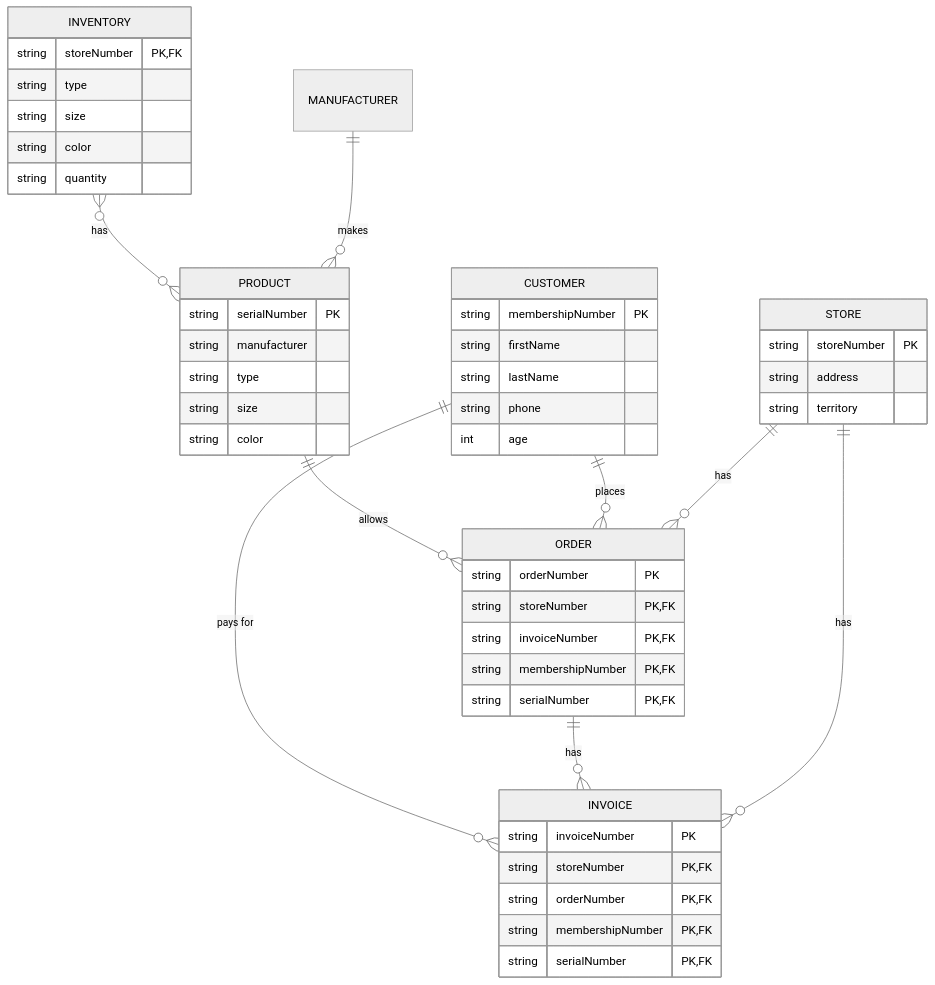
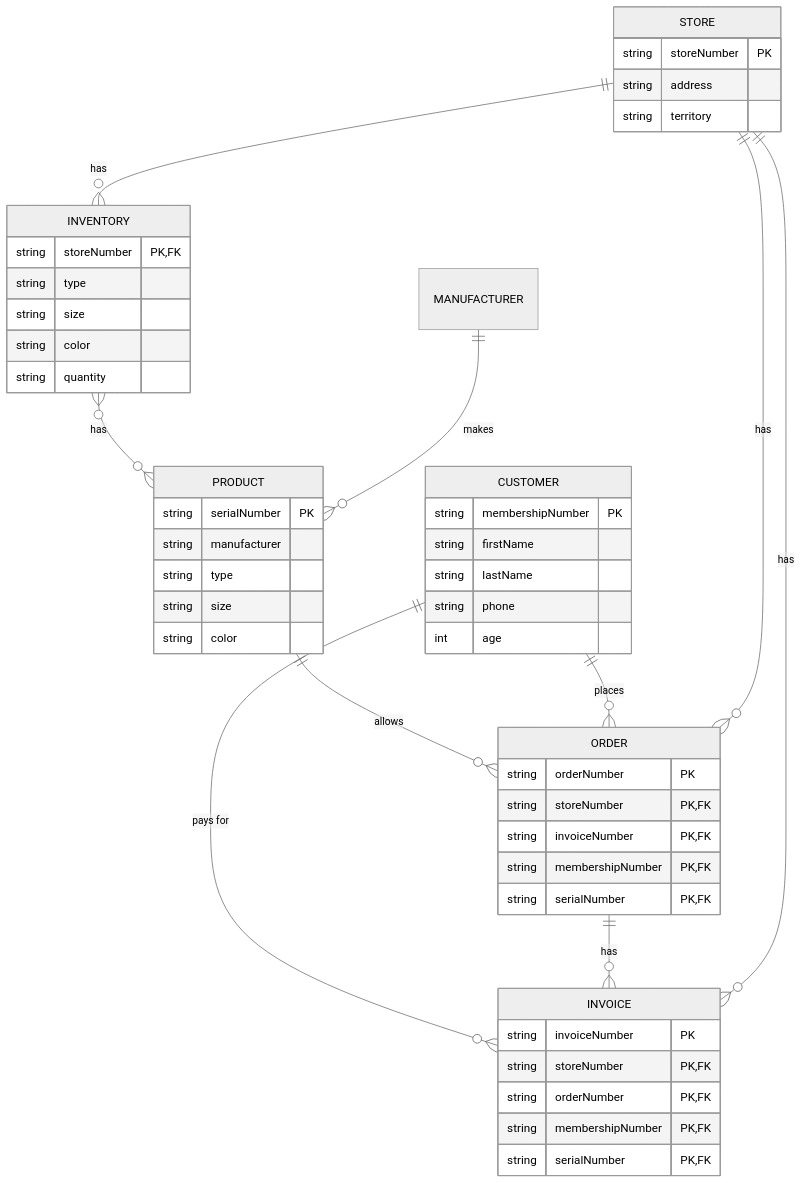
The diagram in README.md (mealvarez-my-waketech-edu/NikeStore_ERD.md), drawn with Mermaid (neutral theme) before and after one commit.

````diff
--- a/README.md
+++ b/README.md
@@ -3,51 +3,52 @@
 ```mermaid
 erDiagram
     PRODUCT ||--o{ ORDER : allows
     PRODUCT {
         string serialNumber PK
         string manufacturer
         string type
         string size
         string color
     }
     INVENTORY }o--o{ PRODUCT : has
     INVENTORY {
         string storeNumber PK, FK
         string type
         string size
         string color
         string quantity
     }
     CUSTOMER ||--o{ ORDER : places
     CUSTOMER ||--o{ INVOICE : "pays for"
     CUSTOMER {
         string membershipNumber PK
         string firstName
         string lastName
         string phone
         int age
     }
     ORDER ||--o{ INVOICE : has
     ORDER {
         string orderNumber PK
         string storeNumber PK, FK
         string invoiceNumber PK, FK
         string membershipNumber PK, FK
         string serialNumber PK, FK
     }
     STORE ||--o{ ORDER : has
     STORE ||--o{ INVOICE : has
+    STORE ||--o{ INVENTORY : has
     STORE {
         string storeNumber PK
         string address
         string territory
     }
     INVOICE {
         string invoiceNumber PK
         string storeNumber PK, FK
         string orderNumber PK, FK
         string membershipNumber PK, FK
         string serialNumber PK, FK
     }
     MANUFACTURER only one to zero or more PRODUCT : makes
 ```
````
